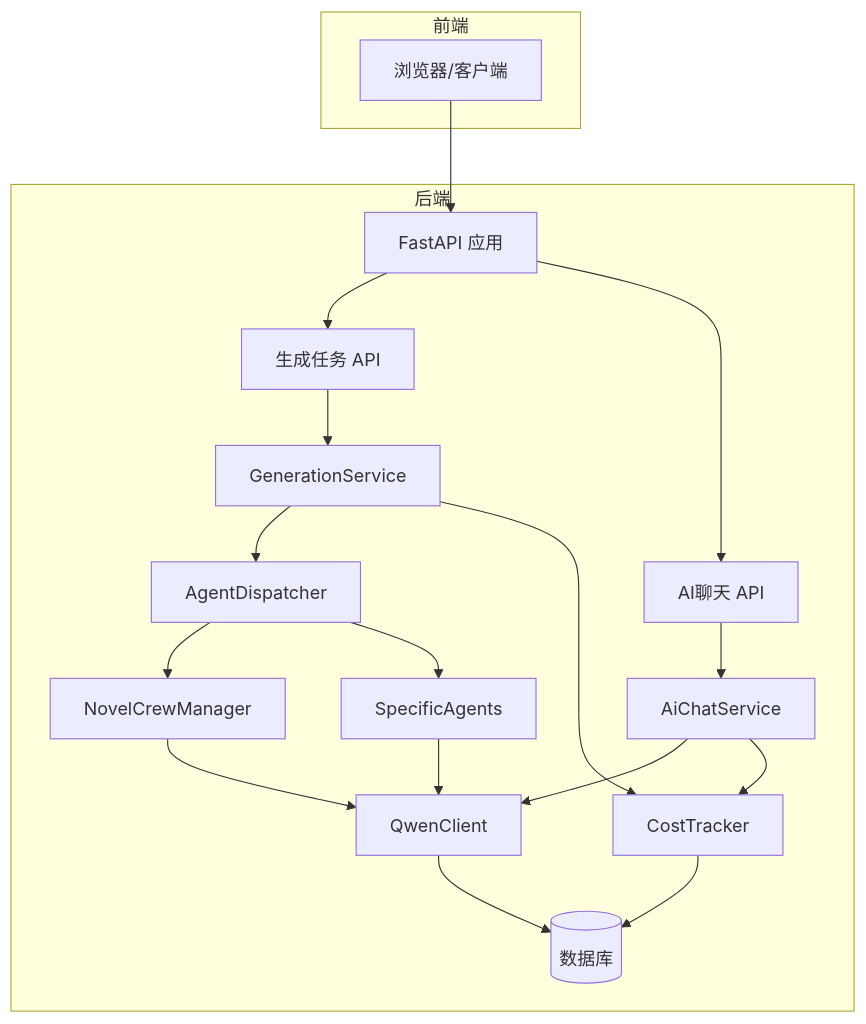
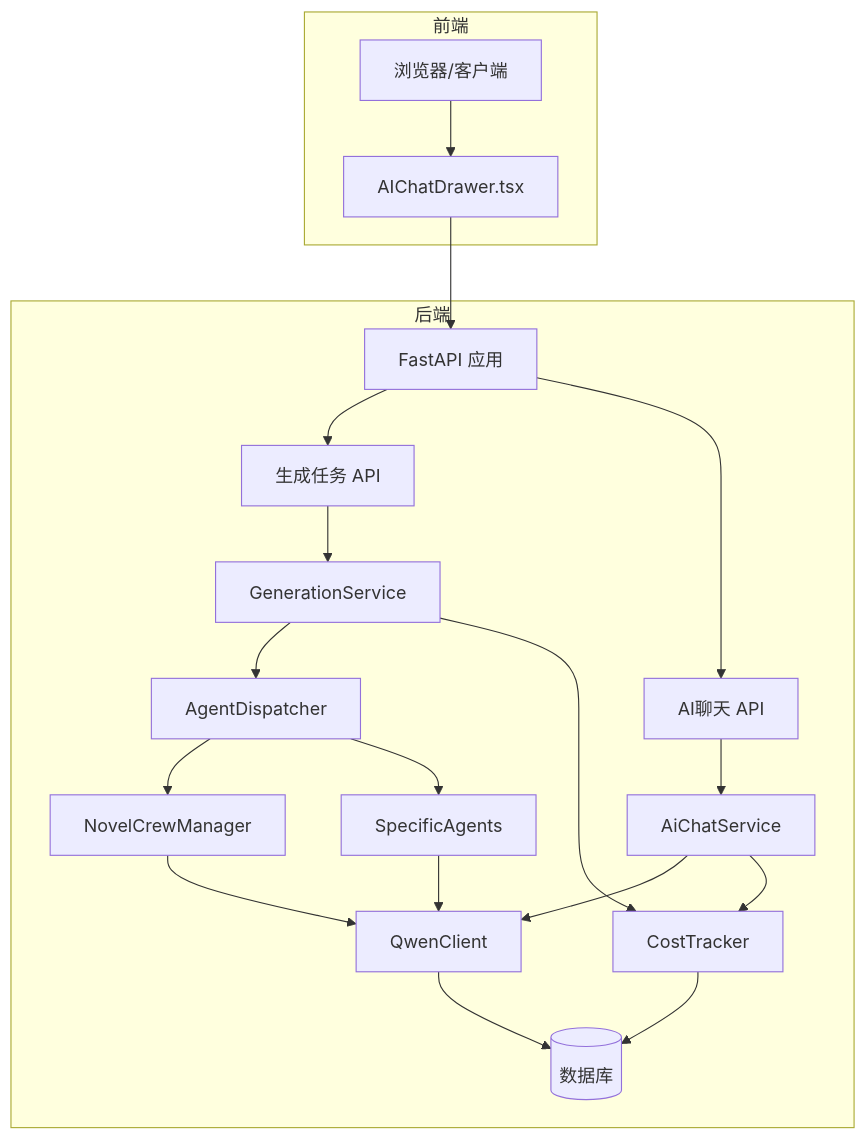
One commit to xfbyxq/ai-novel-system changed the first of 8 diagrams in .qoder/repowiki/zh/content/LLM集成架构/LLM集成架构.md. Above: the diagram before and after it, drawn with Mermaid. The commit also changed other lines of this file and 29 other files, not shown here.

````diff
--- a/.qoder/repowiki/zh/content/LLM集成架构/LLM集成架构.md
+++ b/.qoder/repowiki/zh/content/LLM集成架构/LLM集成架构.md
@@ -56,34 +61,36 @@
 ```mermaid
 graph TB
 subgraph "前端"
 FE["浏览器/客户端"]
+AI_CHAT_DRAWER["AIChatDrawer.tsx"]
 end
 subgraph "后端"
 API["FastAPI 应用"]
 GEN_API["生成任务 API"]
 CHAT_API["AI聊天 API"]
 SVC["GenerationService"]
 CHAT_SVC["AiChatService"]
 DISP["AgentDispatcher"]
 CREW["NovelCrewManager"]
 AGENTS["SpecificAgents"]
 QWEN["QwenClient"]
 COST["CostTracker"]
 DB[("数据库")]
 end
-FE --> API
+FE --> AI_CHAT_DRAWER
+AI_CHAT_DRAWER --> API
 API --> GEN_API
 API --> CHAT_API
 CHAT_API --> CHAT_SVC
 GEN_API --> SVC
 SVC --> DISP
 DISP --> CREW
 DISP --> AGENTS
 CREW --> QWEN
 AGENTS --> QWEN
 CHAT_SVC --> QWEN
 QWEN --> DB
 SVC --> COST
 CHAT_SVC --> COST
 COST --> DB
 ```
````
